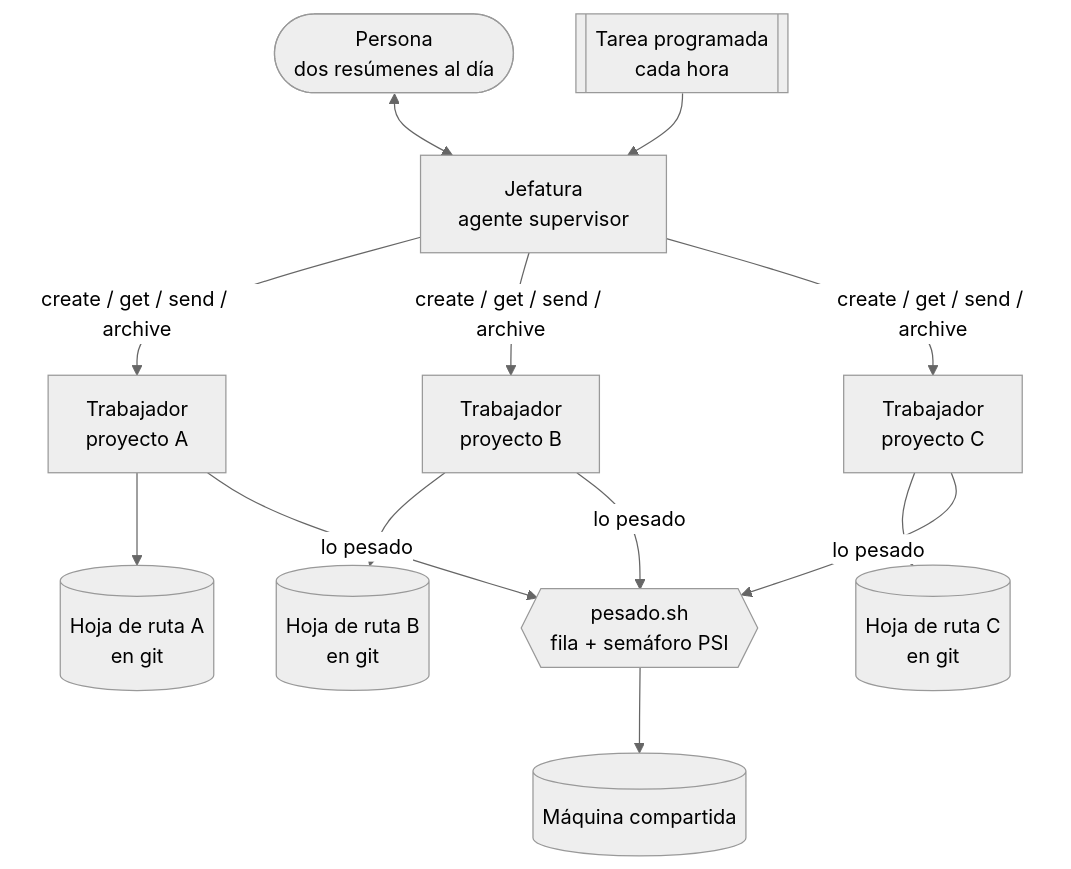
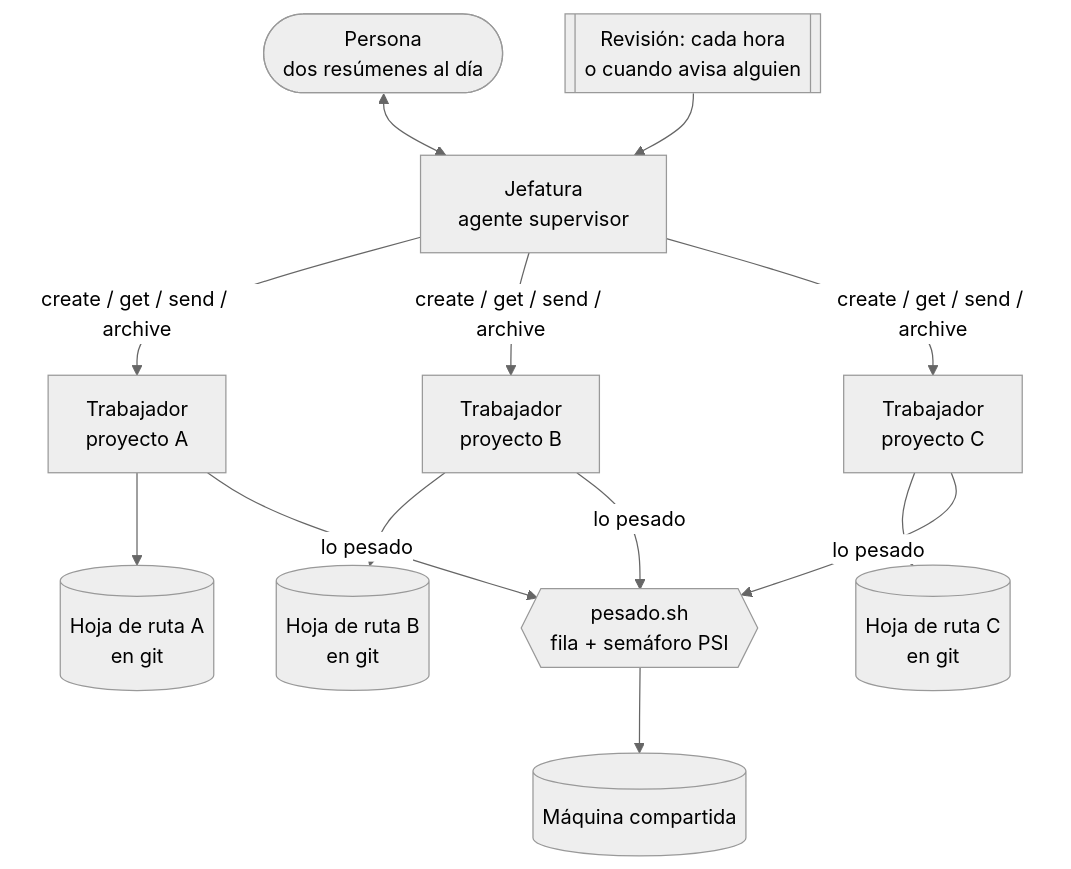
The diagram in README.md (fmargar/equipo-de-agentes), drawn with Mermaid (neutral theme) before and after one commit. The commit also changed other lines of this file and 5 other files, not shown here.

````diff
--- a/README.md
+++ b/README.md
@@ -20,11 +20,11 @@
 ```mermaid
 flowchart TB
   P([Persona<br/>dos resúmenes al día]) <--> J
-  T[[Tarea programada<br/>cada hora]] --> J
+  T[[Revisión: cada hora<br/>o cuando avisa alguien]] --> J
   J[Jefatura<br/>agente supervisor] -- "create / get / send / archive" --> W1 & W2 & W3
   W1[Trabajador<br/>proyecto A] --> H1[(Hoja de ruta A<br/>en git)]
   W2[Trabajador<br/>proyecto B] --> H2[(Hoja de ruta B<br/>en git)]
   W3[Trabajador<br/>proyecto C] --> H3[(Hoja de ruta C<br/>en git)]
   W1 & W2 & W3 -- "lo pesado" --> F{{pesado.sh<br/>fila + semáforo PSI}}
   F --> M[(Máquina compartida)]
 ```
````
